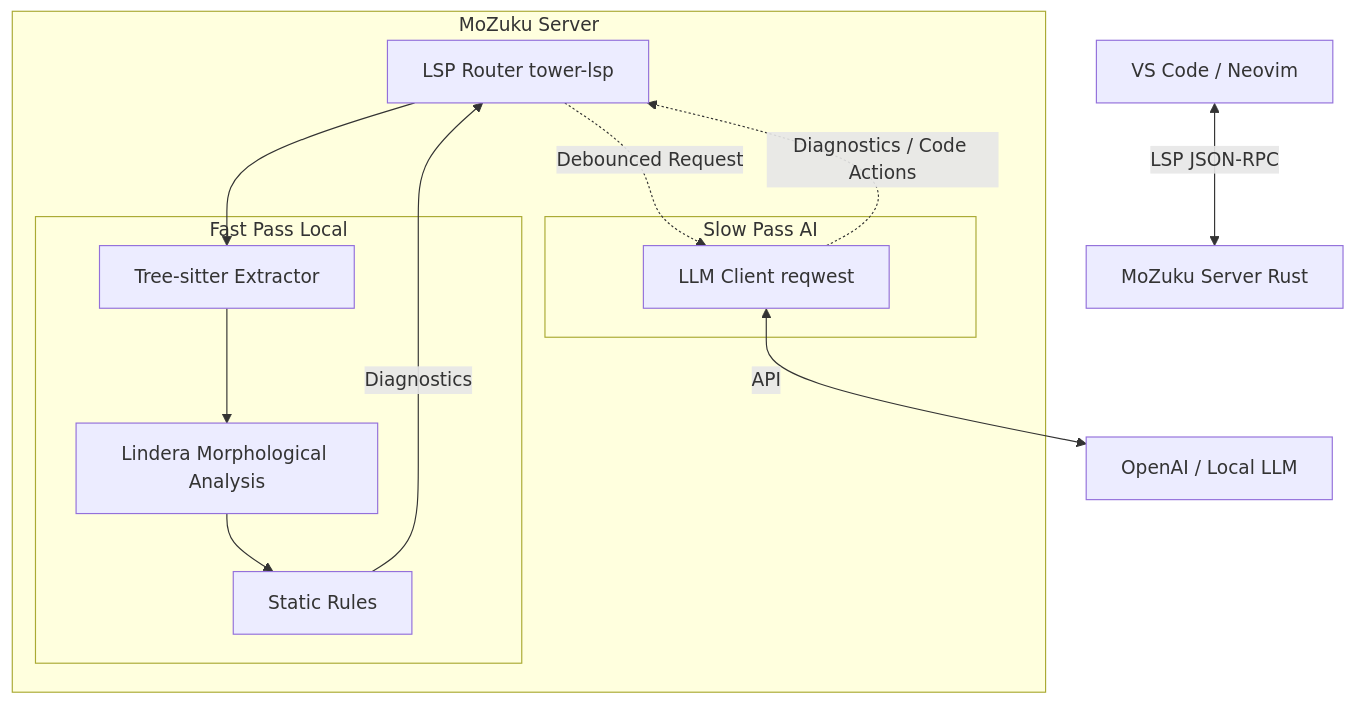
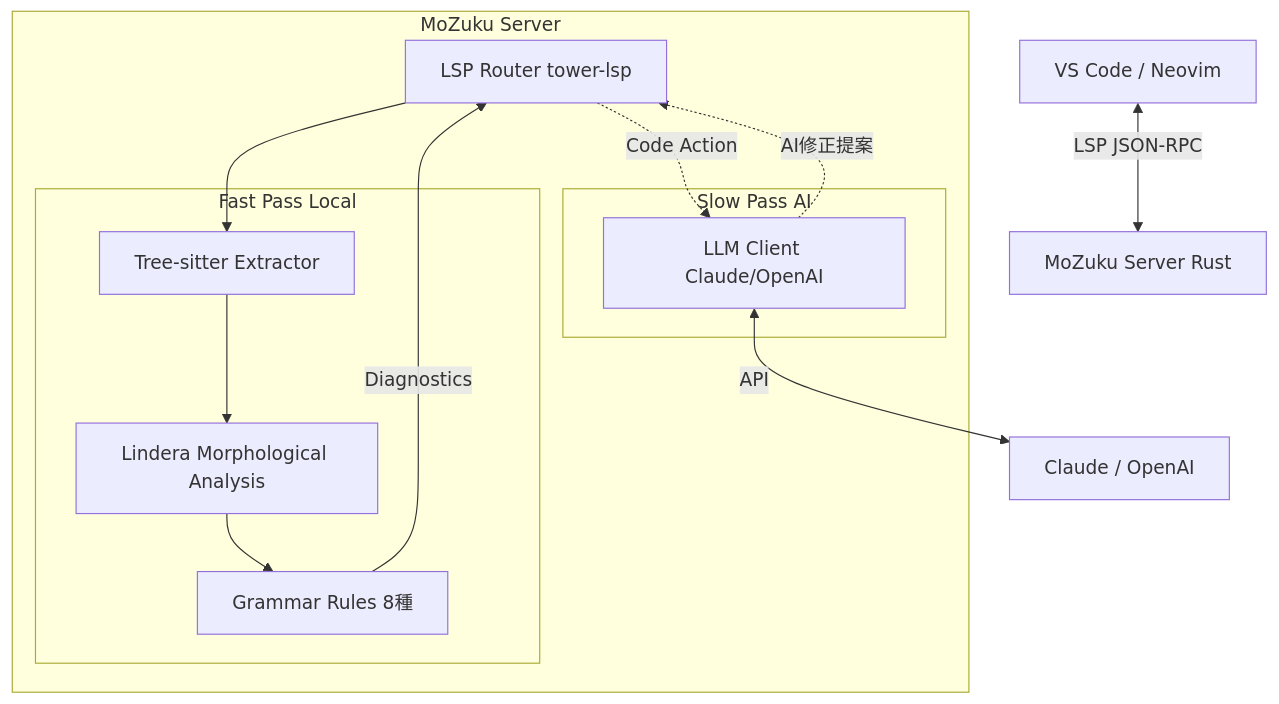
The diagram in README.md (clearclown/MoZukuRust), drawn with Mermaid before and after one commit. The commit also changed other lines of this file, not shown here.

````diff
--- a/README.md
+++ b/README.md
@@ -59,27 +48,27 @@
 ```mermaid
 graph TD
     Client[VS Code / Neovim] <-->|LSP JSON-RPC| Server[MoZuku Server Rust]
 
     subgraph "MoZuku Server"
         Router[LSP Router tower-lsp]
 
         subgraph "Fast Pass Local"
             Parser[Tree-sitter Extractor]
             Tokenizer[Lindera Morphological Analysis]
-            RuleChecker[Static Rules]
+            RuleChecker[Grammar Rules 8種]
         end
 
         subgraph "Slow Pass AI"
-            LLMClient[LLM Client reqwest]
+            LLMClient[LLM Client Claude/OpenAI]
         end
     end
 
     Router --> Parser
     Parser --> Tokenizer
     Tokenizer --> RuleChecker
     RuleChecker -->|Diagnostics| Router
 
-    Router -.->|Debounced Request| LLMClient
-    LLMClient <-->|API| ExternalAI[OpenAI / Local LLM]
-    LLMClient -.->|Diagnostics / Code Actions| Router
+    Router -.->|Code Action| LLMClient
+    LLMClient <-->|API| ExternalAI[Claude / OpenAI]
+    LLMClient -.->|AI修正提案| Router
 ```
````
